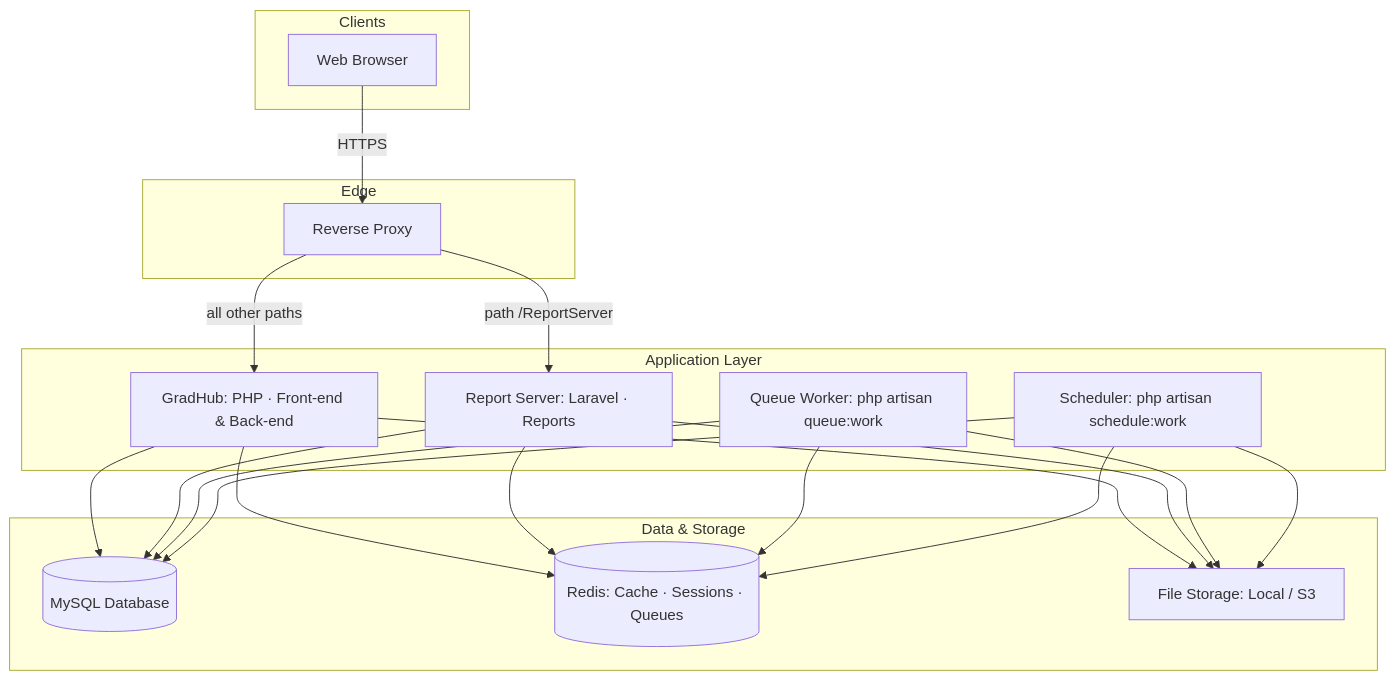
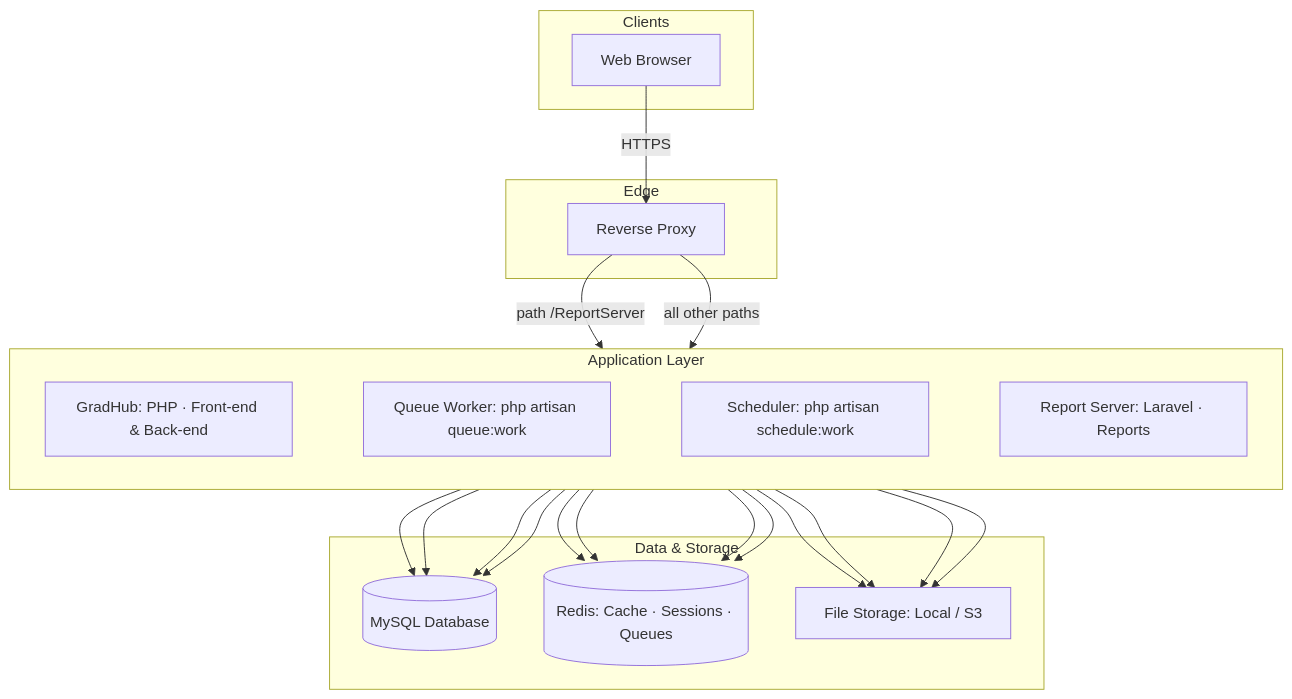
One commit to yeremko/gatest changed the first of 7 diagrams in architecture.md. Above: the diagram before and after it, drawn with Mermaid.

````diff
--- a/architecture.md
+++ b/architecture.md
@@ -9,39 +9,41 @@
 ```mermaid
 flowchart TB
     subgraph Clients["Clients"]
         Browser[Web Browser]
     end
 
     subgraph Edge["Edge"]
         Proxy[Reverse Proxy]
     end
 
     subgraph Application["Application Layer"]
+        direction LR
         App[GradHub: PHP · Front-end & Back-end]
         QueueWorker[Queue Worker: php artisan queue:work]
         Scheduler[Scheduler: php artisan schedule:work]
         ReportServer[Report Server: Laravel · Reports]
+        App ~~~ QueueWorker ~~~ Scheduler ~~~ ReportServer
     end
 
     subgraph Data["Data & Storage"]
         MySQL[(MySQL Database)]
         Redis[(Redis: Cache · Sessions · Queues)]
         FS[File Storage: Local / S3]
     end
 
     Browser -->|HTTPS| Proxy
     Proxy -->|path /ReportServer| ReportServer
     Proxy -->|all other paths| App
     App --> MySQL
     App --> Redis
     App --> FS
     ReportServer --> MySQL
     ReportServer --> Redis
     ReportServer --> FS
     QueueWorker --> MySQL
     QueueWorker --> Redis
     QueueWorker --> FS
     Scheduler --> MySQL
     Scheduler --> Redis
     Scheduler --> FS
 ```
````
